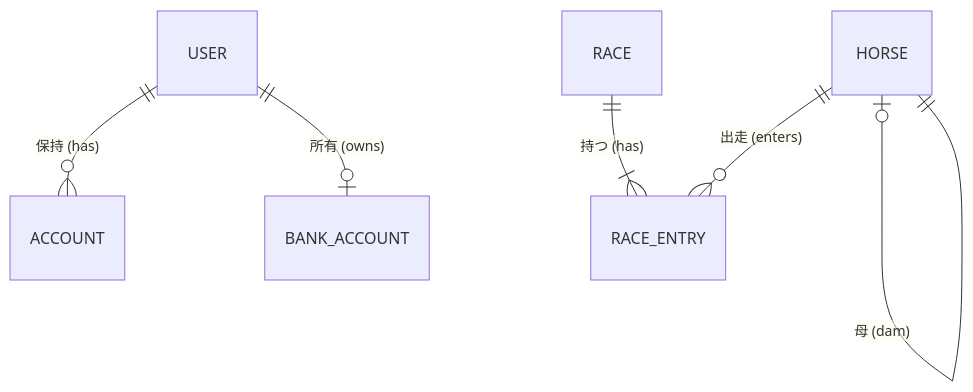
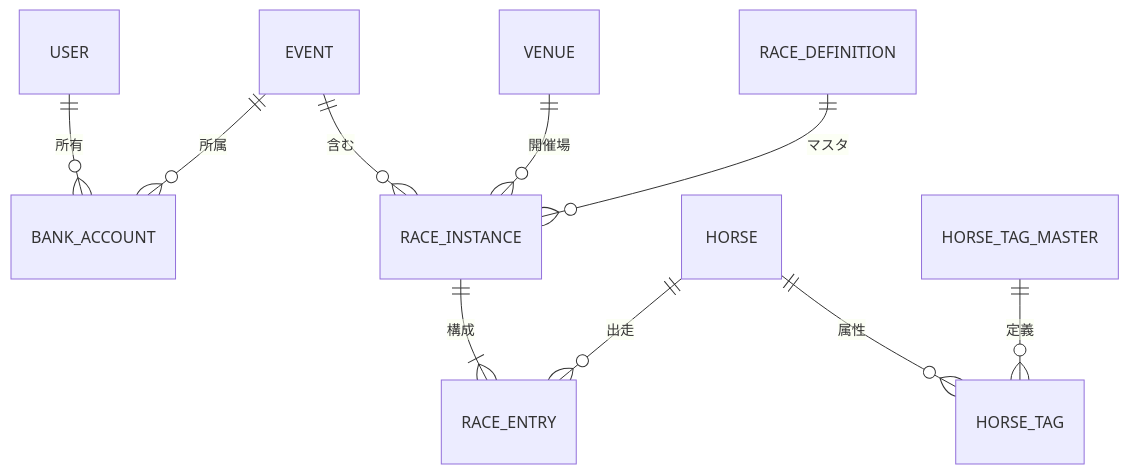
Before and after one commit to qwq-net/paper-tipster-web: the diagram in docs/DATABASE_DESIGN.md, drawn with Mermaid. The commit also changed other lines of this file and 89 other files, not shown here.

````diff
--- a/docs/DATABASE_DESIGN.md
+++ b/docs/DATABASE_DESIGN.md
@@ -174,11 +151,12 @@
 ```mermaid
 erDiagram
-    USER ||--o{ ACCOUNT : "保持 (has)"
-    USER ||--o| BANK_ACCOUNT : "所有 (owns)"
-
-    RACE ||--|{ RACE_ENTRY : "持つ (has)"
-    HORSE ||--o{ RACE_ENTRY : "出走 (enters)"
-
-    HORSE |o--|| HORSE : "父 (sire)"
-    HORSE |o--|| HORSE : "母 (dam)"
+    USER ||--o{ BANK_ACCOUNT : "所有"
+    EVENT ||--o{ BANK_ACCOUNT : "所属"
+    EVENT ||--o{ RACE_INSTANCE : "含む"
+    VENUE ||--o{ RACE_INSTANCE : "開催場"
+    RACE_DEFINITION ||--o{ RACE_INSTANCE : "マスタ"
+    RACE_INSTANCE ||--|{ RACE_ENTRY : "構成"
+    HORSE ||--o{ RACE_ENTRY : "出走"
+    HORSE ||--o{ HORSE_TAG : "属性"
+    HORSE_TAG_MASTER ||--o{ HORSE_TAG : "定義"
 ```
````
